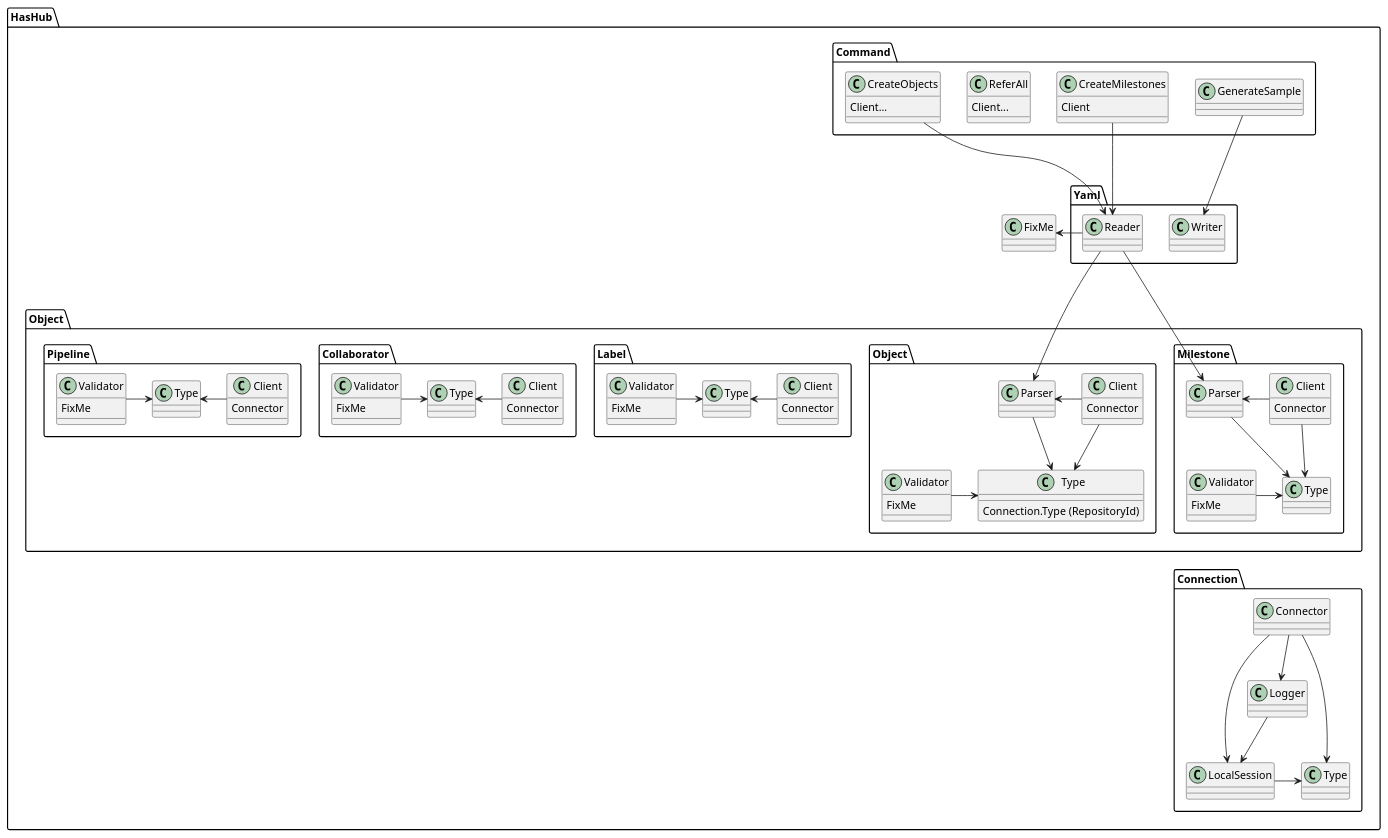
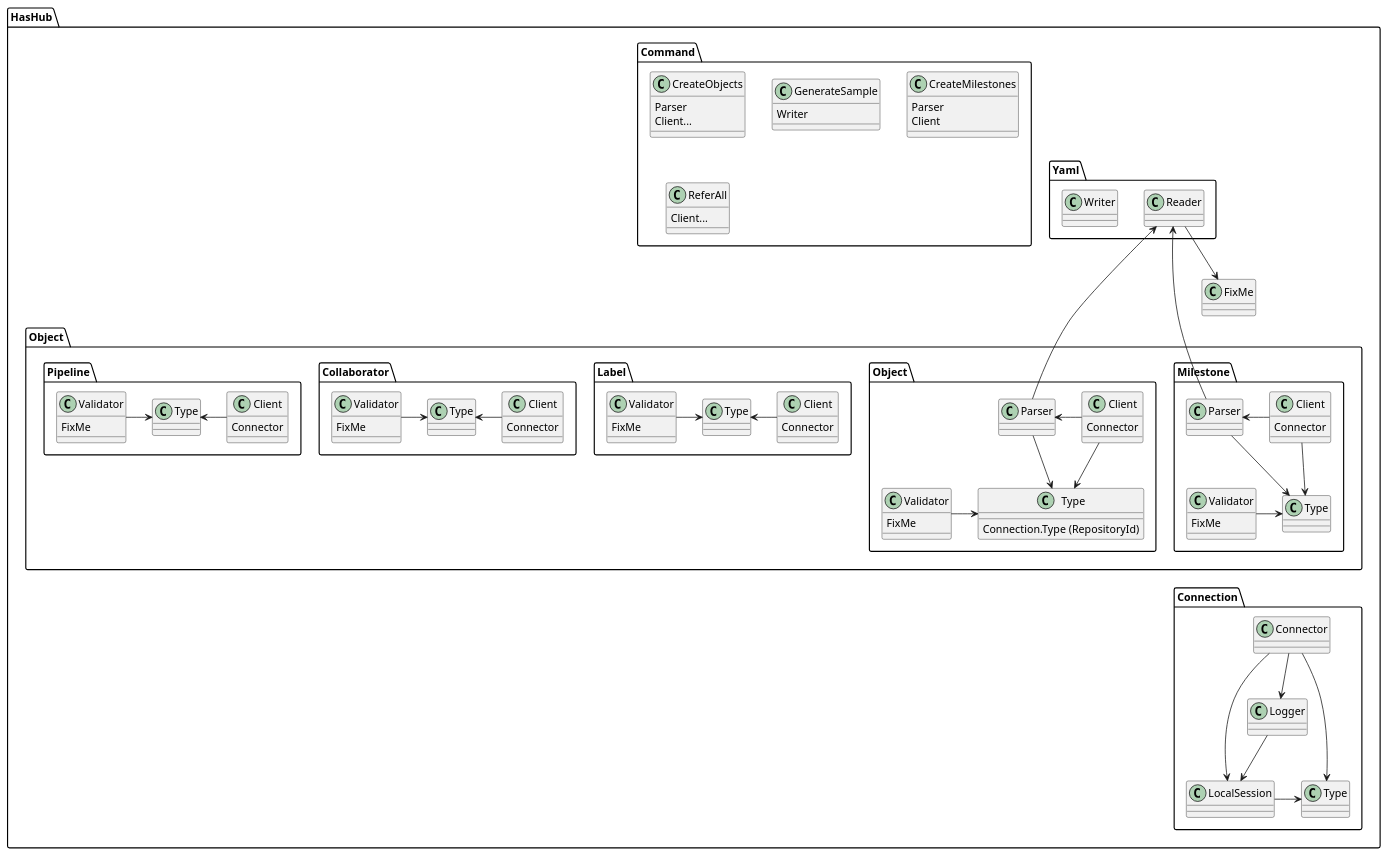
One commit to suzuki-hoge/has-hub changed the diagram in doc/system/module.puml. Above: the diagram before and after it, drawn with PlantUML. The commit also changed 5 other files, not shown here.

Commit message:
create Yaml package.

```diff
--- a/doc/system/module.puml
+++ b/doc/system/module.puml
@@ -1,110 +1,112 @@
 @startuml
 
 namespace HasHub {
   namespace Command {
     class CreateObjects {
+      Parser
       Client...
     }
     class CreateMilestones {
+      Parser
       Client
     }
     class ReferAll {
       Client...
     }
-    class GenerateSample
+    class GenerateSample {
+      Writer
+    }
   }
   namespace Object {
     namespace Object {
       class Validator {
         FixMe
       }
       class Client {
         Connector
       }
       class Type {
         Connection.Type (RepositoryId)
       }
       class Parser
       Validator -r-> Type
       Client --> Type
       Client -l-> Parser
       Parser -d-> Type
     }
     namespace Milestone {
       class Validator {
         FixMe
       }
       class Client {
         Connector
       }
       class Type
       class Parser
       Validator -r-> Type
       Client --> Type
       Client -l-> Parser
       Parser -d-> Type
     }
     namespace Label {
       class Validator {
         FixMe
       }
       class Client {
         Connector
       }
       class Type
       Validator -r-> Type
       Client -l-> Type
     }
     namespace Collaborator {
       class Validator {
         FixMe
       }
       class Client {
         Connector
       }
       class Type
       Validator -r-> Type
       Client -l-> Type
     }
     namespace Pipeline {
       class Validator {
         FixMe
       }
       class Client {
         Connector
       }
       class Type
       Validator -r-> Type
       Client -l-> Type
     }
   }
   namespace Connection {
     class Connector
     class LocalSession
     class Type
     class Logger
     Connector --> Type
     Connector --> Logger
     Logger --> LocalSession
     Connector --> LocalSession
     LocalSession -r-> Type
   }
   class FixMe
   namespace Yaml {
     class Reader
     class Writer
   }
 }
 
-HasHub.Command.CreateObjects -d-> HasHub.Yaml.Reader
-HasHub.Command.CreateMilestones -d-> HasHub.Yaml.Reader
-HasHub.Command.GenerateSample -d--> HasHub.Yaml.Writer
+HasHub.Command.GenerateSample -[hidden]d-> HasHub.Yaml.Writer
 
-HasHub.Yaml.Reader -d-> HasHub.Object.Object.Parser
-HasHub.Yaml.Reader -d--> HasHub.Object.Milestone.Parser
+HasHub.Object.Object.Parser -u-> HasHub.Yaml.Reader
+HasHub.Object.Milestone.Parser -u--> HasHub.Yaml.Reader
 
-HasHub.Yaml.Reader -l-> HasHub.FixMe
+HasHub.Yaml.Reader --> HasHub.FixMe
 
 HasHub.Object.Milestone.Type -[hidden]d-> HasHub.Connection.Connector
 
 @enduml
```
